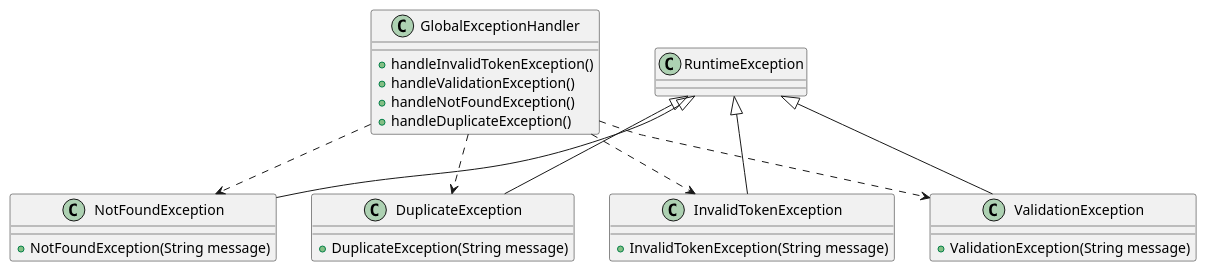
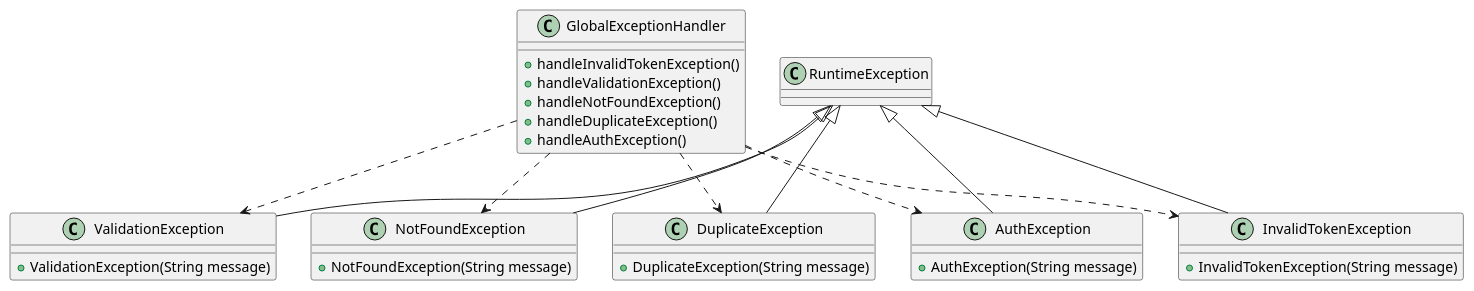
One commit to ShumpeiKawamura37/portfolio-study-management-app changed the diagram in backend/study-management-app/docs/uml/code/class/class-exception.puml. Above: the diagram before and after it, drawn with PlantUML. The commit also changed 16 other files, not shown here.

```diff
--- a/backend/study-management-app/docs/uml/code/class/class-exception.puml
+++ b/backend/study-management-app/docs/uml/code/class/class-exception.puml
@@ -1,32 +1,38 @@
 @startuml
 class GlobalExceptionHandler {
   + handleInvalidTokenException()
   + handleValidationException()
   + handleNotFoundException()
   + handleDuplicateException()
+  + handleAuthException()
 }
 
 class InvalidTokenException {
   + InvalidTokenException(String message)
 }
 class ValidationException {
   + ValidationException(String message)
 }
 class NotFoundException {
   + NotFoundException(String message)
 }
 class DuplicateException {
   + DuplicateException(String message)
 }
+class AuthException {
+  + AuthException(String message)
+}
 
 RuntimeException <|-- InvalidTokenException
 RuntimeException <|-- ValidationException
 RuntimeException <|-- NotFoundException
 RuntimeException <|-- DuplicateException
+RuntimeException <|-- AuthException
 
 GlobalExceptionHandler ..> InvalidTokenException
 GlobalExceptionHandler ..> ValidationException
 GlobalExceptionHandler ..> NotFoundException
 GlobalExceptionHandler ..> DuplicateException
+GlobalExceptionHandler ..> AuthException
 
 @enduml
```
